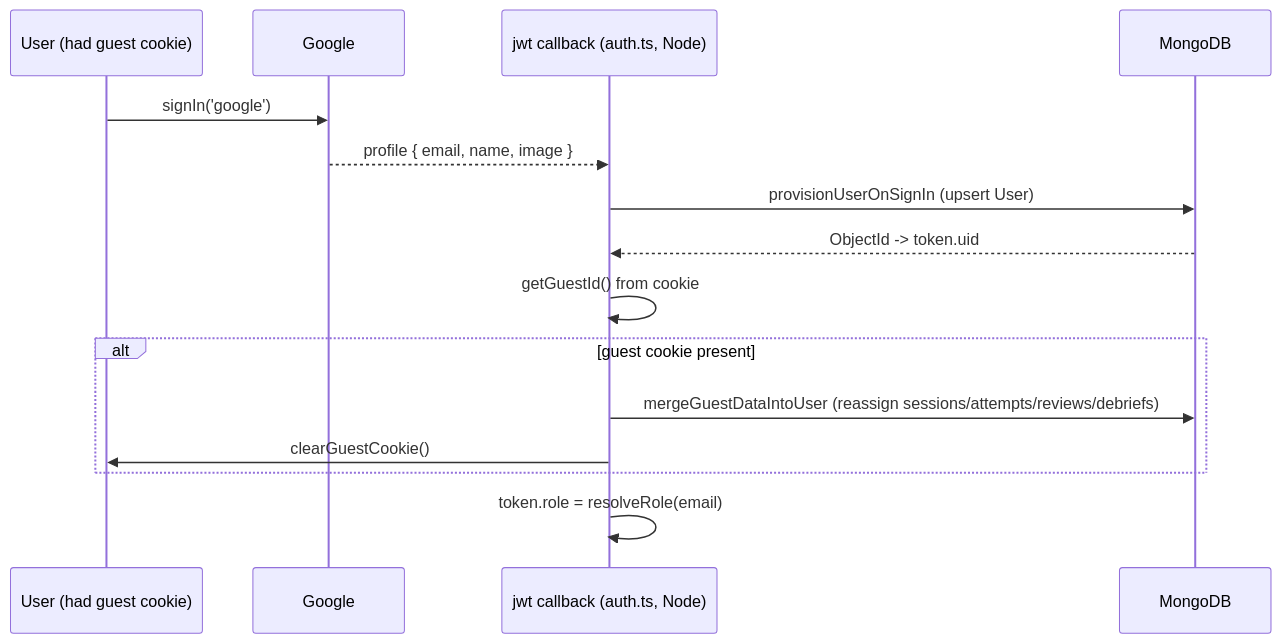
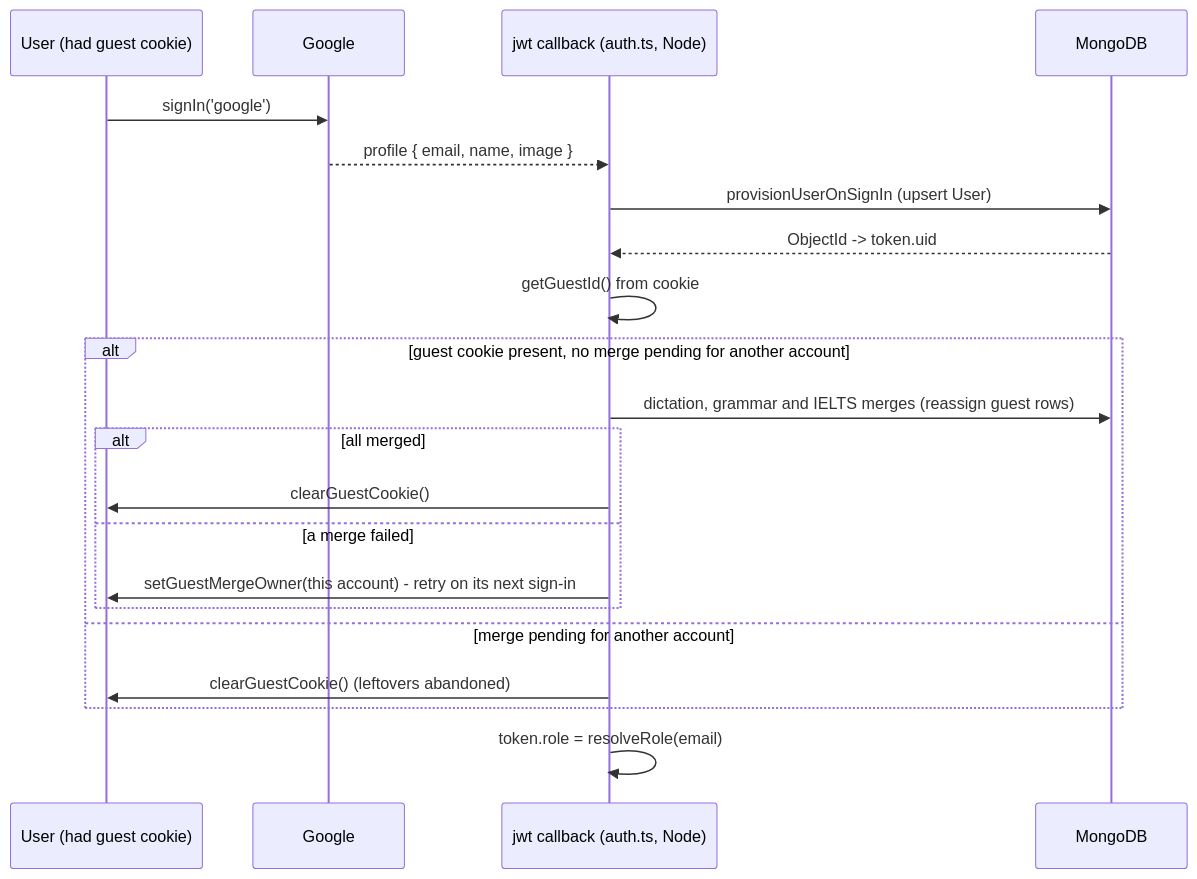
One commit to NaKMiers/English_For_Only_Me changed the second of 2 diagrams in docs/07-auth-infra-testing.md. Above: the diagram before and after it, drawn with Mermaid. The commit also changed other lines of this file and 91 other files, not shown here.

````diff
--- a/docs/07-auth-infra-testing.md
+++ b/docs/07-auth-infra-testing.md
@@ -134,17 +146,23 @@
 ```mermaid
 sequenceDiagram
   participant U as User (had guest cookie)
   participant G as Google
   participant J as jwt callback (auth.ts, Node)
   participant DB as MongoDB
   U->>G: signIn('google')
   G-->>J: profile { email, name, image }
   J->>DB: provisionUserOnSignIn (upsert User)
   DB-->>J: ObjectId -> token.uid
   J->>J: getGuestId() from cookie
-  alt guest cookie present
-    J->>DB: mergeGuestDataIntoUser (reassign sessions/attempts/reviews/debriefs)
-    J->>U: clearGuestCookie()
+  alt guest cookie present, no merge pending for another account
+    J->>DB: dictation, grammar and IELTS merges (reassign guest rows)
+    alt all merged
+      J->>U: clearGuestCookie()
+    else a merge failed
+      J->>U: setGuestMergeOwner(this account) - retry on its next sign-in
+    end
+  else merge pending for another account
+    J->>U: clearGuestCookie() (leftovers abandoned)
   end
   J->>J: token.role = resolveRole(email)
 ```
````
